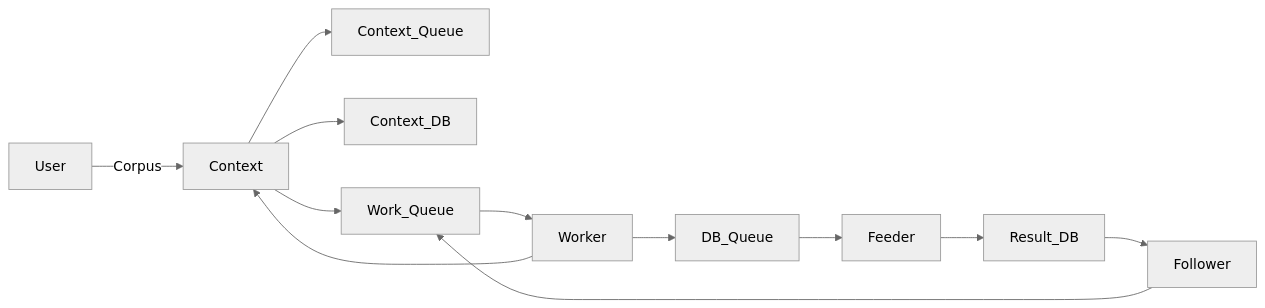
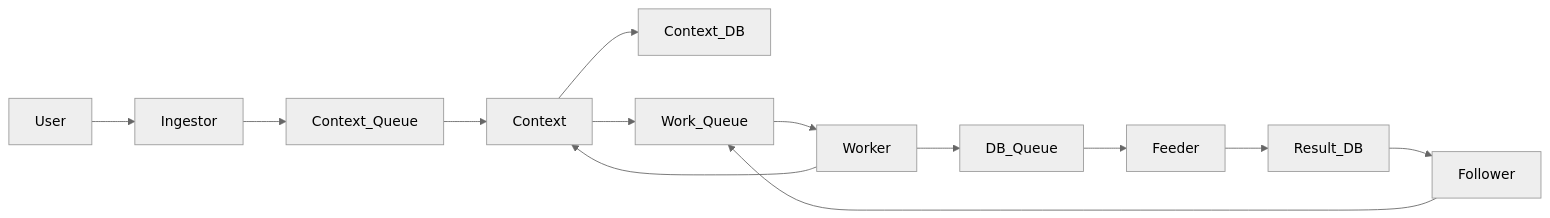
The diagram in design/components.md (michaelrauh/brocade), drawn with Mermaid (neutral theme) before and after one commit. The commit also changed 12 other files, not shown here.

Commit message:
initial thoughts on ingesting into a queue, new flows, and bitmasks

````diff
--- a/design/components.md
+++ b/design/components.md
@@ -1,14 +1,15 @@
 ```mermaid
 flowchart LR
-    User-->|Corpus|Context
-    Context-->Context_Queue
-    Context-->Context_DB
+    User-->Ingestor
+    Ingestor-->Context_Queue
+    Context_Queue-->Context
+    Context-->Context_DB 
     Context-->Work_Queue
     Work_Queue-->Worker
     Worker-->Context
     Worker-->DB_Queue
     DB_Queue-->Feeder
     Feeder-->Result_DB
     Result_DB-->Follower
     Follower-->Work_Queue
 ```
````
